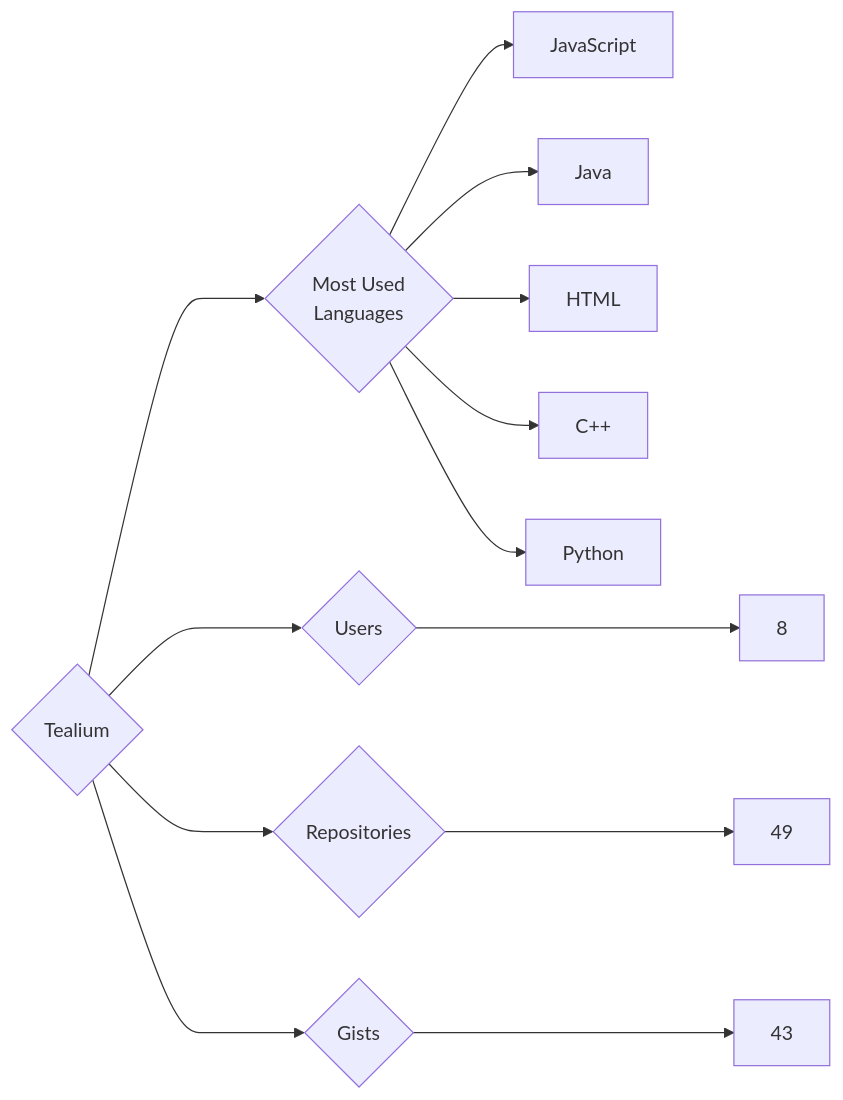
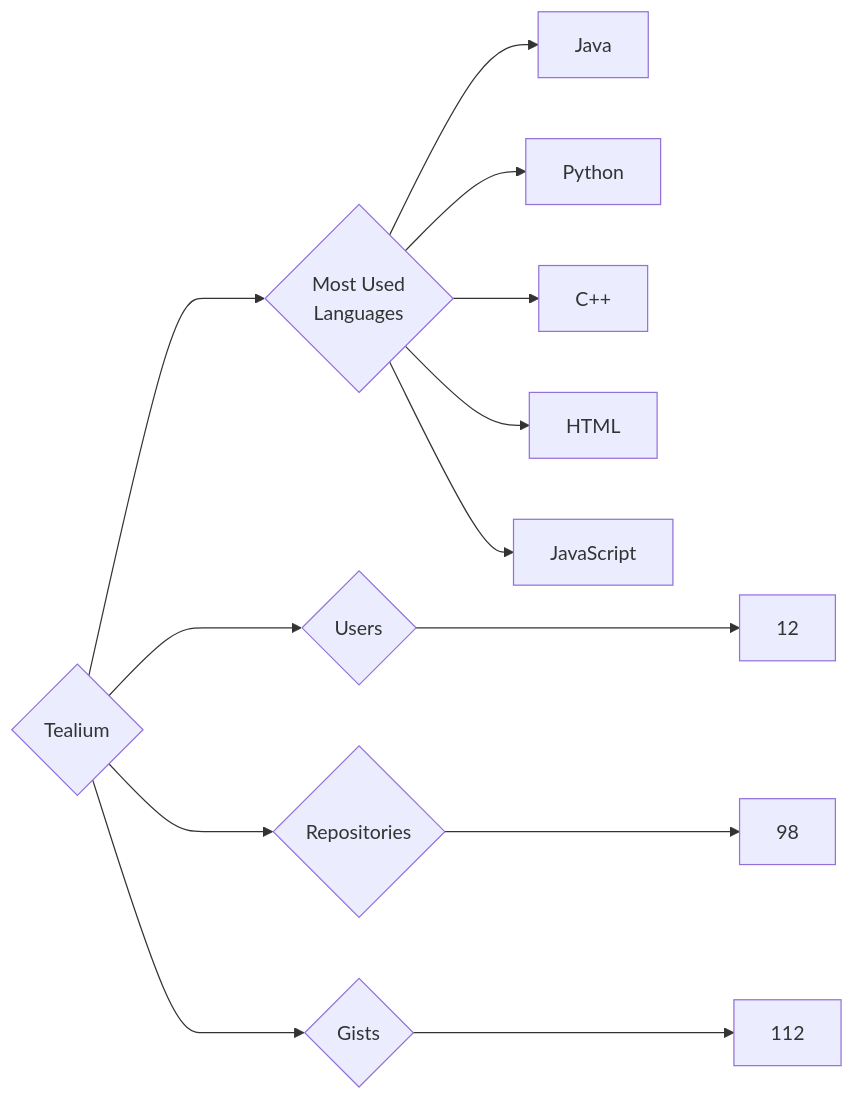
The diagram in targets/Tealium/README.md (trickest/insiders), drawn with Mermaid before and after one commit. The commit also changed 995 other files, not shown here.

````diff
--- a/targets/Tealium/README.md
+++ b/targets/Tealium/README.md
@@ -3,13 +3,13 @@
 ```mermaid
 graph LR
 COMPANY_NAME{Tealium}
-COMPANY_NAME ---> U{Users} ---> UN[8]
-COMPANY_NAME ---> R{Repositories} ---> RN[49]
-COMPANY_NAME ---> G{Gists} ---> GN[43]
+COMPANY_NAME ---> U{Users} ---> UN[12]
+COMPANY_NAME ---> R{Repositories} ---> RN[98]
+COMPANY_NAME ---> G{Gists} ---> GN[112]
 COMPANY_NAME ---> ML{Most Used<br>Languages}
+ML --> Java[Java]
+ML --> Python[Python]
+ML --> C++[C++]
+ML --> HTML[HTML]
 ML --> JavaScript[JavaScript]
-ML --> Java[Java]
-ML --> HTML[HTML]
-ML --> C++[C++]
-ML --> Python[Python]
 ```
````
